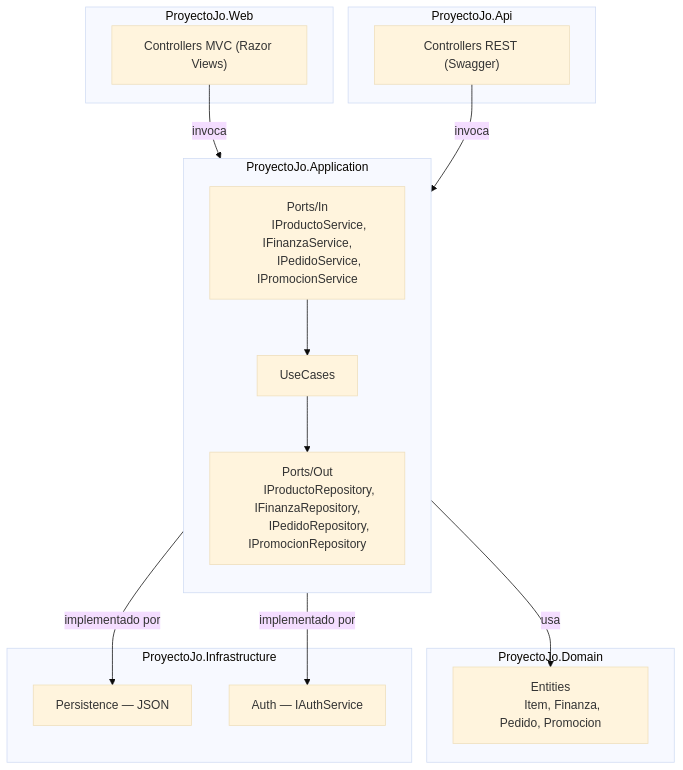
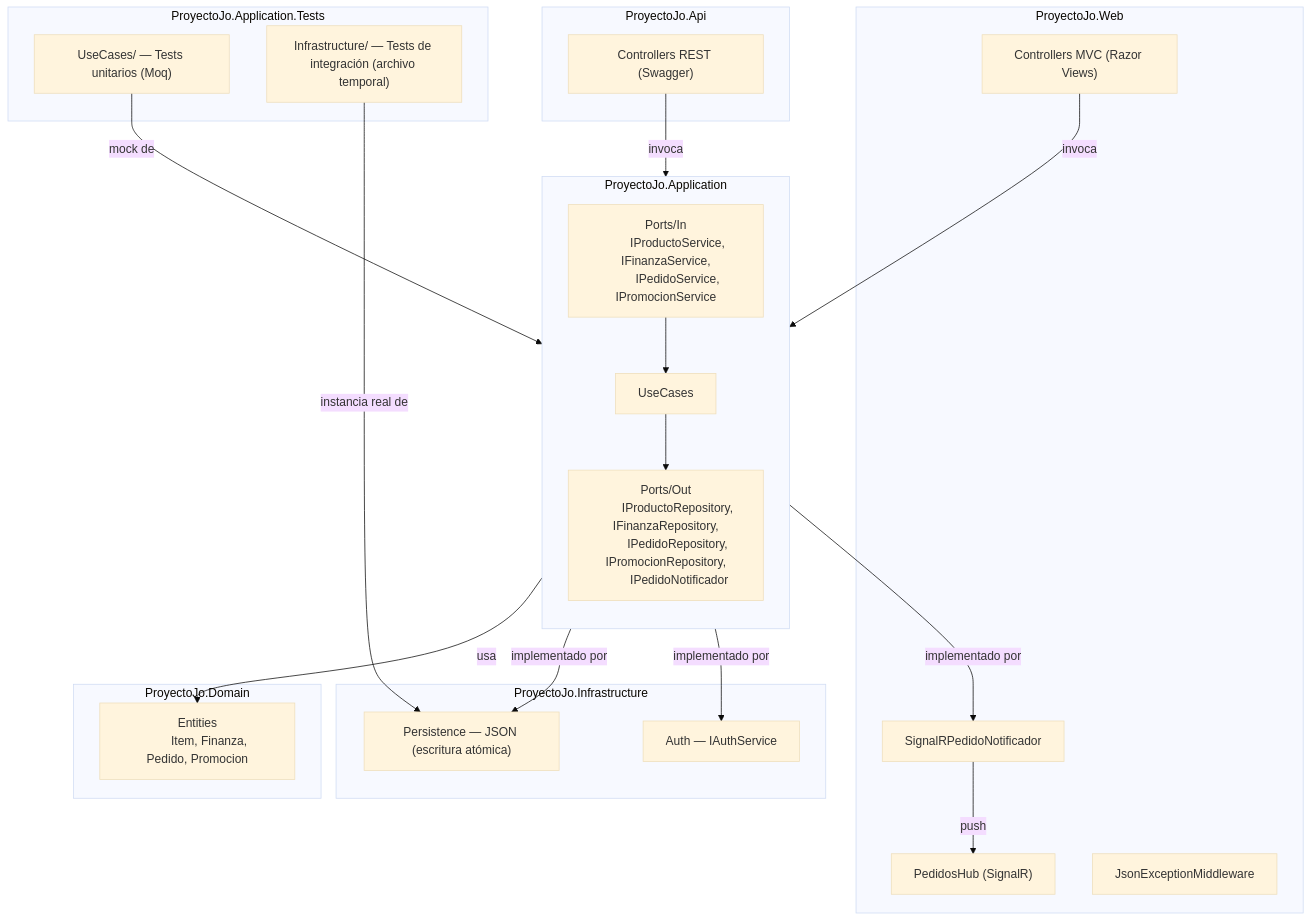
Before and after one commit to Joako601/Proyecto-Jo: the diagram in README.md, drawn with Mermaid (base theme). The commit also changed other lines of this file, not shown here.

````diff
--- a/README.md
+++ b/README.md
@@ -33,39 +36,52 @@
 ```mermaid
 flowchart TD
 
     subgraph DOMAIN ["ProyectoJo.Domain"]
         ENT["Entities
         Item, Finanza, Pedido, Promocion"]
     end
 
     subgraph APPLICATION ["ProyectoJo.Application"]
         direction TB
         PIN["Ports/In
         IProductoService, IFinanzaService,
         IPedidoService, IPromocionService"]
         UC["UseCases"]
         POUT["Ports/Out
         IProductoRepository, IFinanzaRepository,
-        IPedidoRepository, IPromocionRepository"]
+        IPedidoRepository, IPromocionRepository,
+        IPedidoNotificador"]
         PIN --> UC --> POUT
     end
 
     subgraph WEB ["ProyectoJo.Web"]
         WC["Controllers MVC (Razor Views)"]
+        HUB["PedidosHub (SignalR)"]
+        NOTIF["SignalRPedidoNotificador"]
+        MW["JsonExceptionMiddleware"]
     end
 
     subgraph API ["ProyectoJo.Api"]
         AC["Controllers REST (Swagger)"]
     end
 
     subgraph INFRA ["ProyectoJo.Infrastructure"]
-        PERS["Persistence — JSON"]
+        PERS["Persistence — JSON (escritura atómica)"]
         AUTH["Auth — IAuthService"]
+    end
+
+    subgraph TESTS ["ProyectoJo.Application.Tests"]
+        UT["UseCases/ — Tests unitarios (Moq)"]
+        IT["Infrastructure/ — Tests de integración (archivo temporal)"]
     end
 
     WC -->|invoca| PIN
     AC -->|invoca| PIN
     UC -->|usa| ENT
     POUT -->|implementado por| PERS
     POUT -->|implementado por| AUTH
+    POUT -->|implementado por| NOTIF
+    NOTIF -->|push| HUB
+    UT -->|mock de| POUT
+    IT -->|instancia real de| PERS
 ```
````
